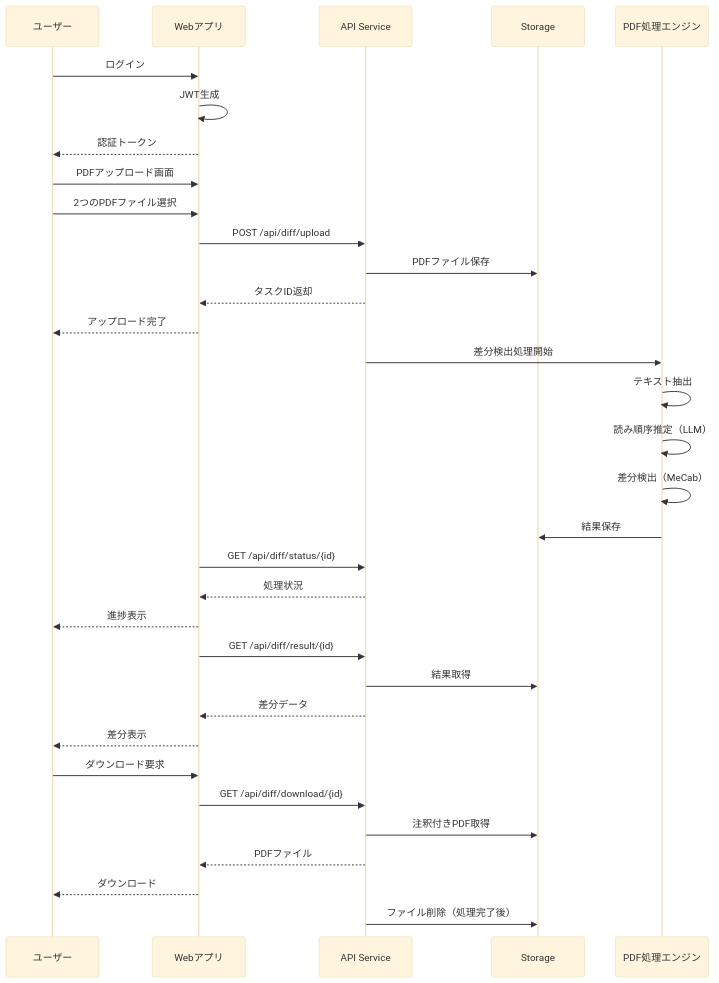
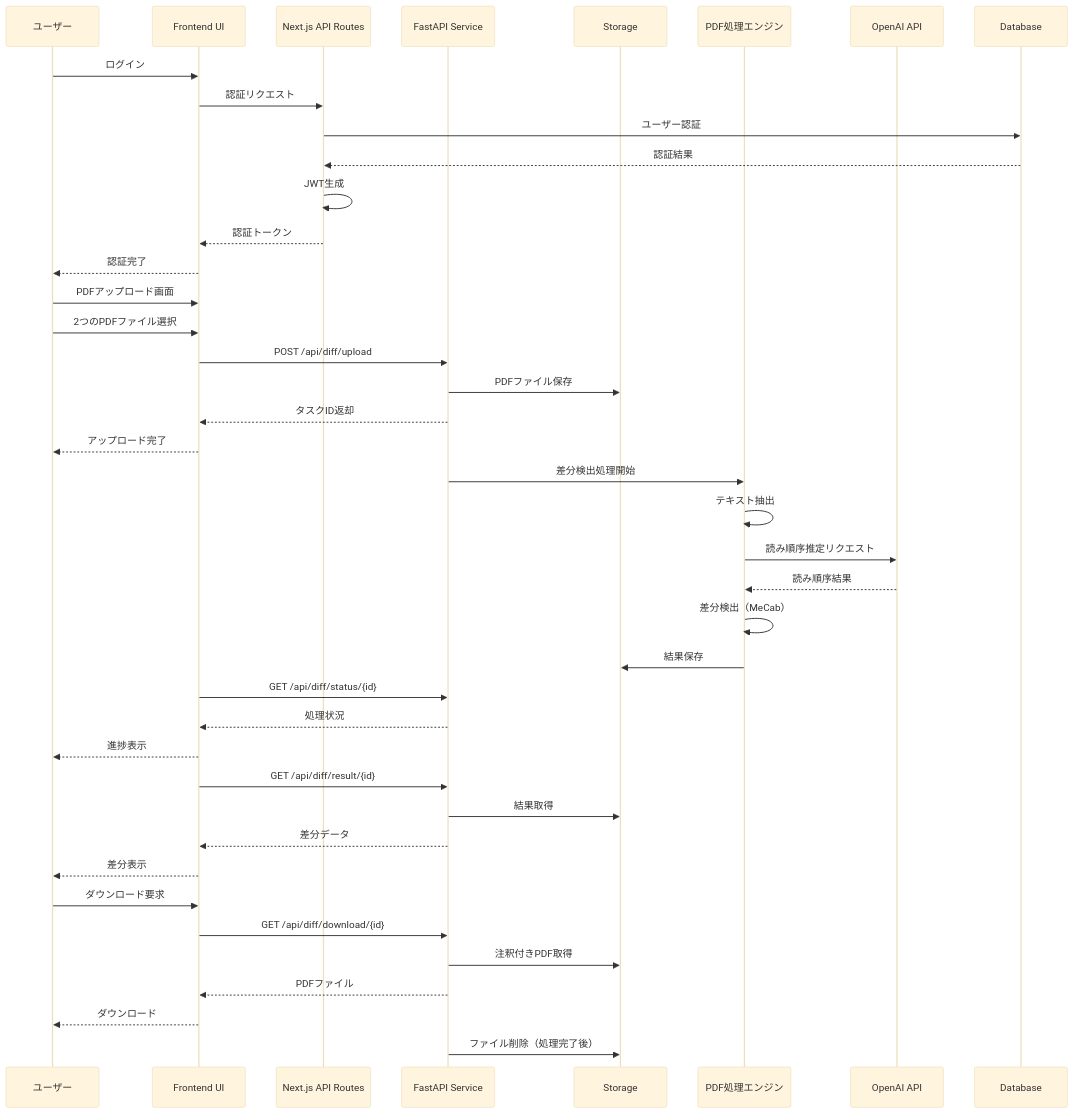
One commit to 07130918/document-check changed the second of 8 diagrams in docs/architecture/system-architecture.md. Above: the diagram before and after it, drawn with Mermaid (base theme). The commit also changed other lines of this file and 3 other files, not shown here.

````diff
--- a/docs/architecture/system-architecture.md
+++ b/docs/architecture/system-architecture.md
@@ -53,42 +67,50 @@
 ```mermaid
 sequenceDiagram
     participant U as ユーザー
-    participant W as Webアプリ
-    participant A as API Service
+    participant WUI as Frontend UI
+    participant WAPI as Next.js API Routes
+    participant A as FastAPI Service
     participant S as Storage
     participant P as PDF処理エンジン
+    participant LLM as OpenAI API
+    participant DB as Database
 
-    U->>W: ログイン
-    W->>W: JWT生成
-    W-->>U: 認証トークン
+    U->>WUI: ログイン
+    WUI->>WAPI: 認証リクエスト
+    WAPI->>DB: ユーザー認証
+    DB-->>WAPI: 認証結果
+    WAPI->>WAPI: JWT生成
+    WAPI-->>WUI: 認証トークン
+    WUI-->>U: 認証完了
 
-    U->>W: PDFアップロード画面
-    U->>W: 2つのPDFファイル選択
-    W->>A: POST /api/diff/upload
+    U->>WUI: PDFアップロード画面
+    U->>WUI: 2つのPDFファイル選択
+    WUI->>A: POST /api/diff/upload
     A->>S: PDFファイル保存
-    A-->>W: タスクID返却
-    W-->>U: アップロード完了
+    A-->>WUI: タスクID返却
+    WUI-->>U: アップロード完了
 
     A->>P: 差分検出処理開始
     P->>P: テキスト抽出
-    P->>P: 読み順序推定（LLM）
+    P->>LLM: 読み順序推定リクエスト
+    LLM-->>P: 読み順序結果
     P->>P: 差分検出（MeCab）
     P->>S: 結果保存
 
-    W->>A: GET /api/diff/status/{id}
-    A-->>W: 処理状況
-    W-->>U: 進捗表示
+    WUI->>A: GET /api/diff/status/{id}
+    A-->>WUI: 処理状況
+    WUI-->>U: 進捗表示
 
-    W->>A: GET /api/diff/result/{id}
+    WUI->>A: GET /api/diff/result/{id}
     A->>S: 結果取得
-    A-->>W: 差分データ
-    W-->>U: 差分表示
+    A-->>WUI: 差分データ
+    WUI-->>U: 差分表示
 
-    U->>W: ダウンロード要求
-    W->>A: GET /api/diff/download/{id}
+    U->>WUI: ダウンロード要求
+    WUI->>A: GET /api/diff/download/{id}
     A->>S: 注釈付きPDF取得
-    A-->>W: PDFファイル
-    W-->>U: ダウンロード
+    A-->>WUI: PDFファイル
+    WUI-->>U: ダウンロード
 
     A->>S: ファイル削除（処理完了後）
 ```
````
